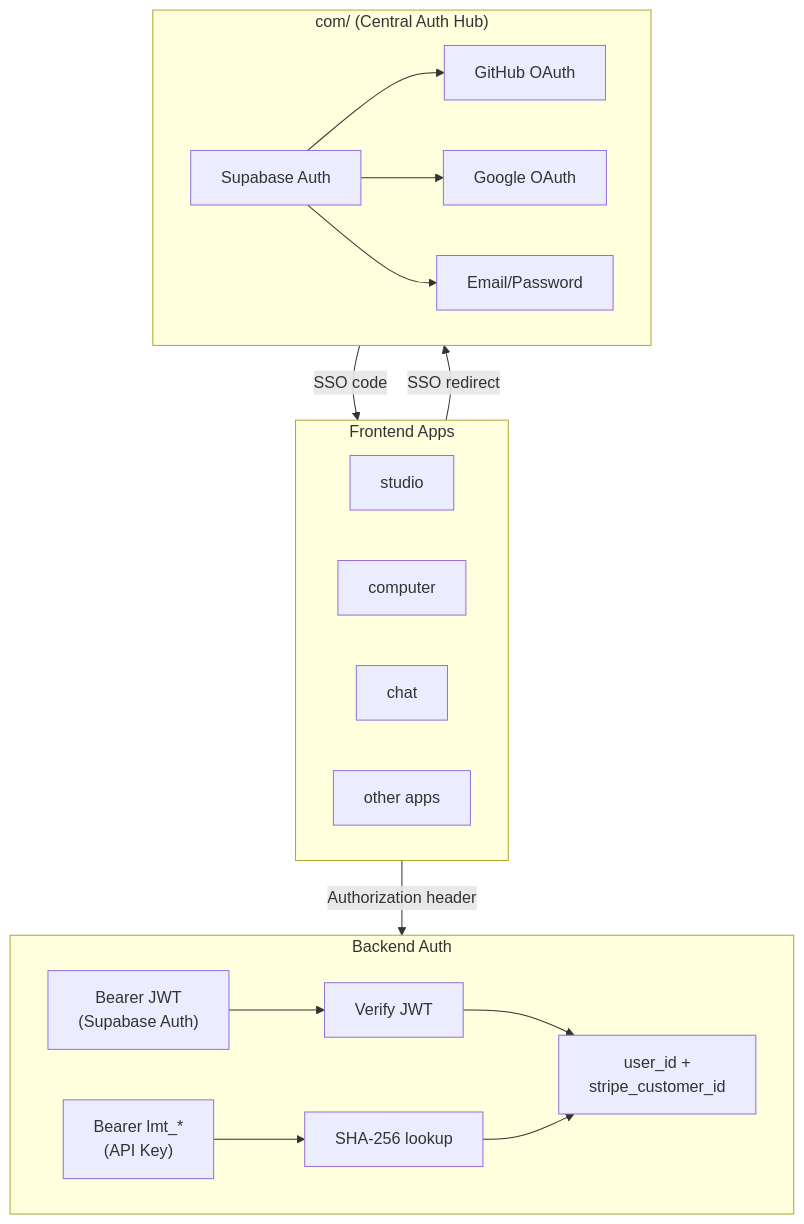
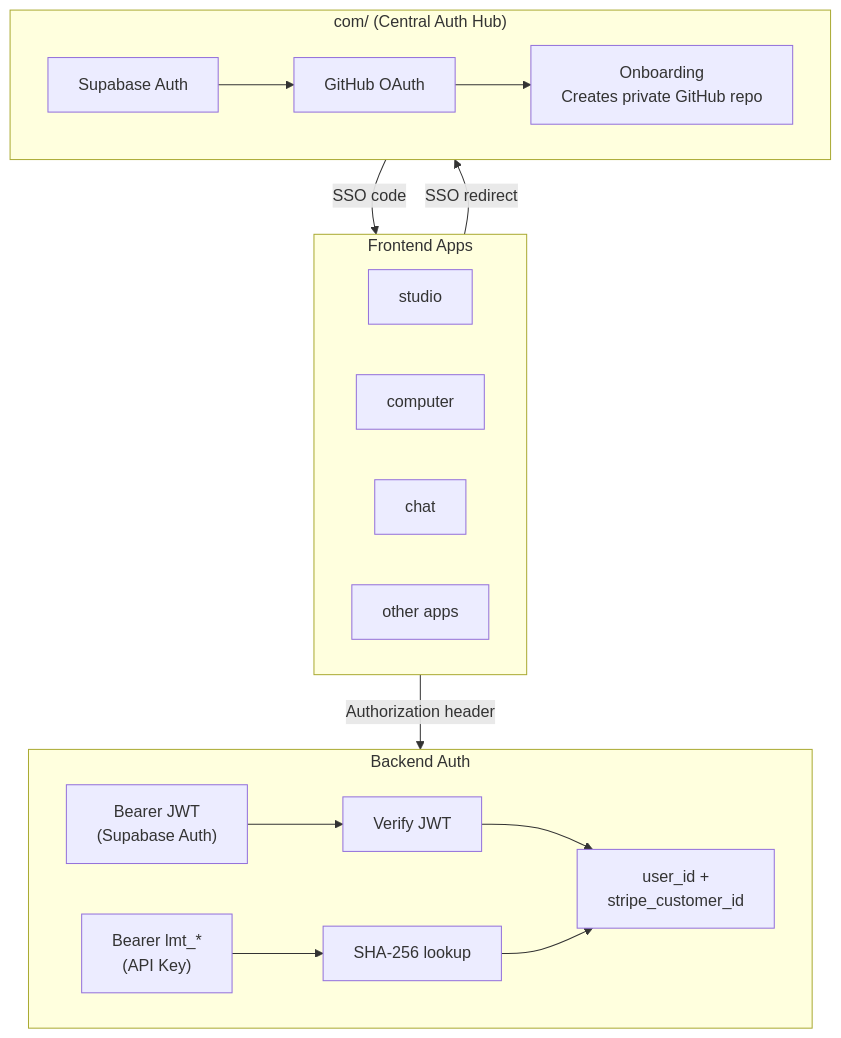
Before and after one commit to lmthing/lmthing: the fifth of 7 diagrams in CLAUDE.md, drawn with Mermaid. The commit also changed other lines of this file and 3 other files, not shown here.

First line of the commit message:
docs: update auth docs to reflect GitHub-only login and repo creation

````diff
--- a/CLAUDE.md
+++ b/CLAUDE.md
@@ -323,32 +325,30 @@
 ```mermaid
 flowchart TD
     subgraph Apps["Frontend Apps"]
         Studio["studio"]
         Computer["computer"]
         Chat["chat"]
         Other["other apps"]
     end
 
     subgraph Com["com/ (Central Auth Hub)"]
         Supabase["Supabase Auth"]
         GitHub["GitHub OAuth"]
-        Google["Google OAuth"]
-        Email["Email/Password"]
         Supabase --> GitHub
-        Supabase --> Google
-        Supabase --> Email
+        Onboarding["Onboarding<br/>Creates private GitHub repo"]
+        GitHub --> Onboarding
     end
 
     subgraph Backend["Backend Auth"]
         JWT["Bearer JWT<br/>(Supabase Auth)"]
         APIKey["Bearer lmt_*<br/>(API Key)"]
         JWT --> Verify["Verify JWT"]
         APIKey --> Hash["SHA-256 lookup"]
         Verify --> UserID["user_id +<br/>stripe_customer_id"]
         Hash --> UserID
     end
 
     Apps -- "SSO redirect" --> Com
     Com -- "SSO code" --> Apps
     Apps -- "Authorization header" --> Backend
 ```
````
